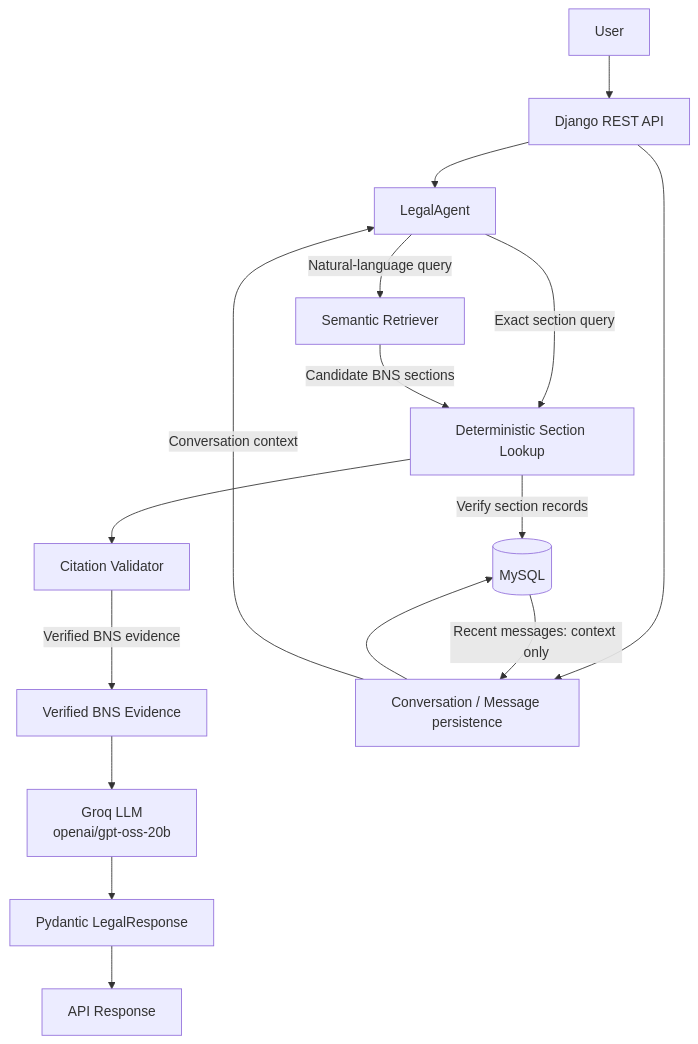
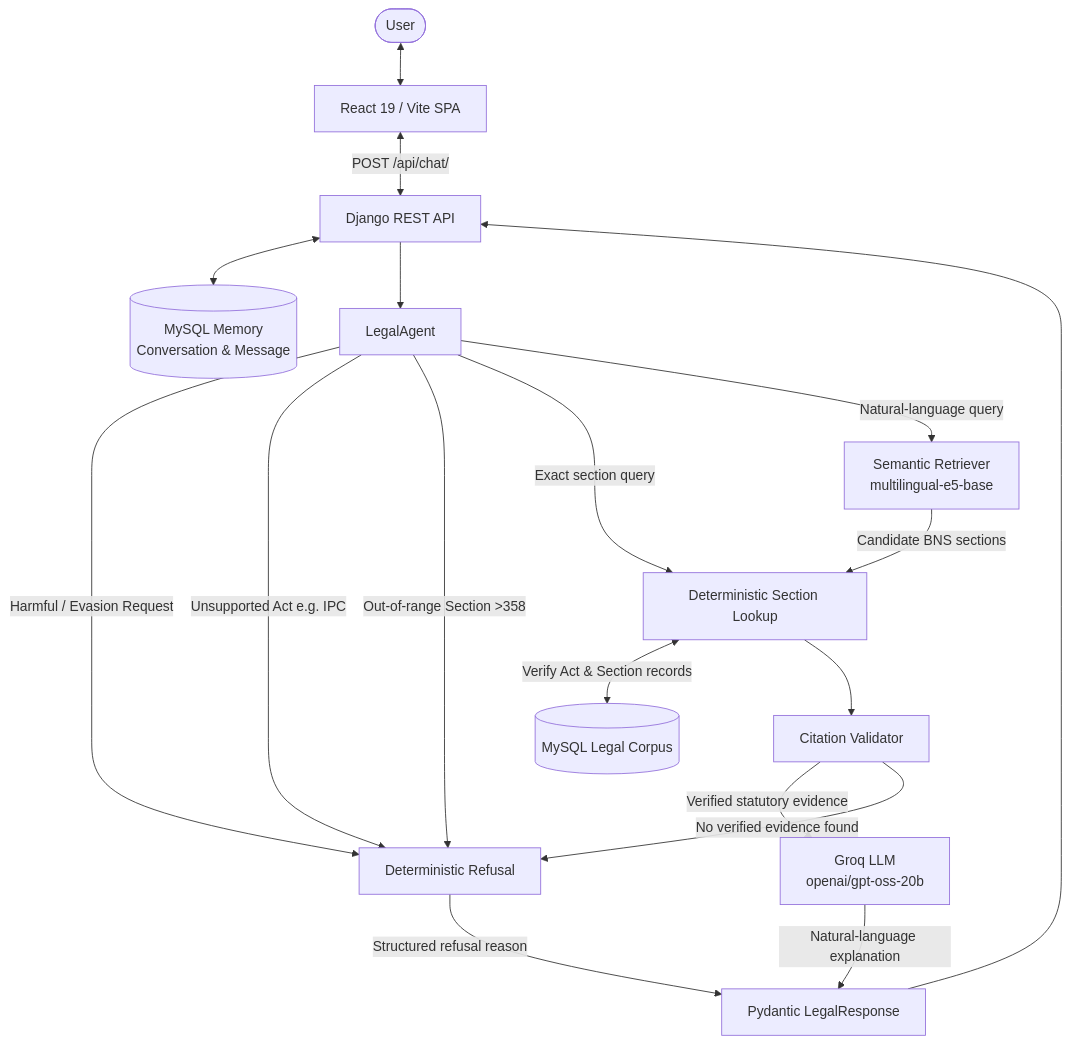
One commit to nandhanamj/LawLense changed the diagram in README.md. Above: the diagram before and after it, drawn with Mermaid. The commit also changed other lines of this file and 1 other file, not shown here.

Commit message:
docs: update README and architecture documentation

````diff
--- a/README.md
+++ b/README.md
@@ -7,18 +17,26 @@
 ```mermaid
 flowchart TD
-  User[User] --> API[Django REST API]
+  User([User]) <--> Frontend[React 19 / Vite SPA]
+  Frontend <-->|POST /api/chat/| API[Django REST API]
+  API <--> Persistence[(MySQL Memory<br/>Conversation & Message)]
   API --> Agent[LegalAgent]
+
+  Agent -->|Harmful / Evasion Request| GuardrailRefusal[Deterministic Refusal]
+  Agent -->|Unsupported Act e.g. IPC| GuardrailRefusal
+  Agent -->|Out-of-range Section >358| GuardrailRefusal
+
   Agent -->|Exact section query| Lookup[Deterministic Section Lookup]
-  Agent -->|Natural-language query| Retriever[Semantic Retriever]
+  Agent -->|Natural-language query| Retriever[Semantic Retriever<br/>multilingual-e5-base]
+
   Retriever -->|Candidate BNS sections| Lookup
-  Lookup -->|Verify section records| DB[(MySQL)]
+  Lookup <-->|Verify Act & Section records| DB[(MySQL Legal Corpus)]
   Lookup --> Validator[Citation Validator]
-  Validator -->|Verified BNS evidence| Evidence[Verified BNS Evidence]
-  Evidence --> Groq[Groq LLM<br/>openai/gpt-oss-20b]
-  Groq --> Response[Pydantic LegalResponse]
-  Response --> APIResponse[API Response]
-  API --> Persistence[Conversation / Message persistence]
-  Persistence --> DB
-  DB -->|Recent messages: context only| Persistence
-  Persistence -->|Conversation context| Agent
+
+  Validator -->|Verified statutory evidence| Groq[Groq LLM<br/>openai/gpt-oss-20b]
+  Validator -->|No verified evidence found| GuardrailRefusal
+
+  Groq -->|Natural-language explanation| Pydantic[Pydantic LegalResponse]
+  GuardrailRefusal -->|Structured refusal reason| Pydantic
+
+  Pydantic --> API
 ```
````
